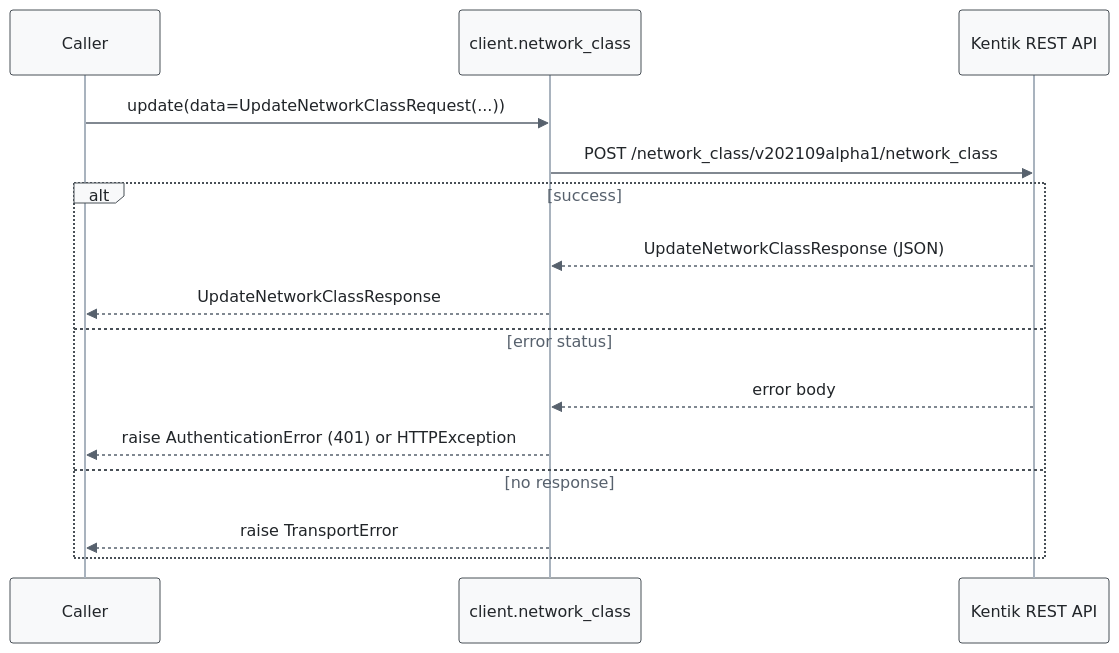
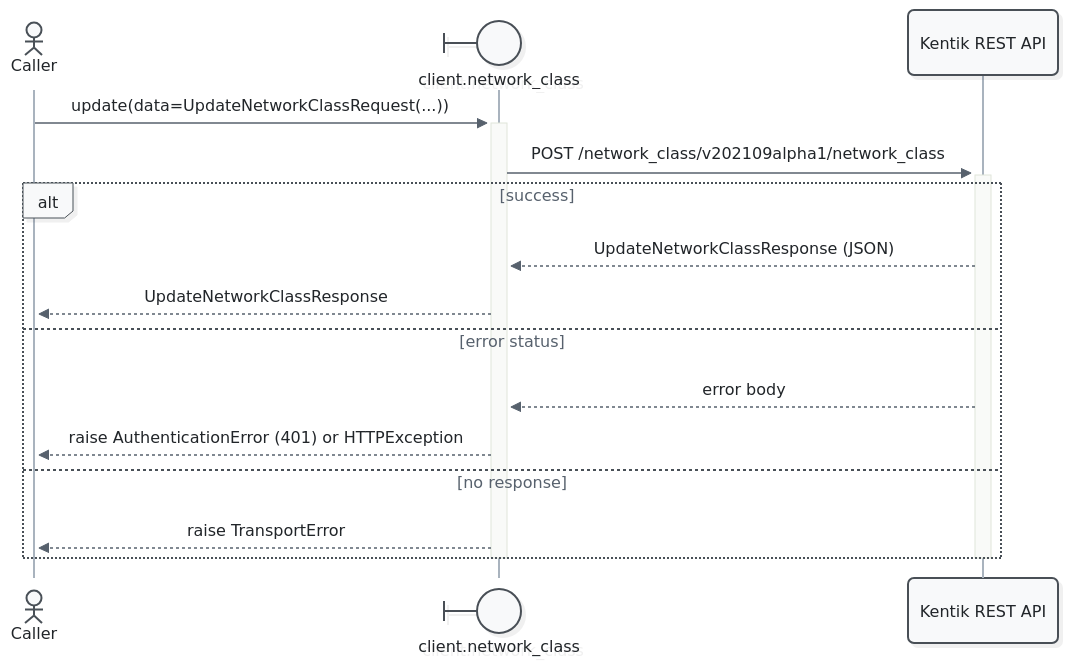
One commit to alexdearaujo/community_sdk_python changed the third of 5 diagrams in docs/sphinx/services/network_class.md. Above: the diagram before and after it, drawn with Mermaid. The commit also changed other lines of this file and 52 other files, not shown here.

First line of the commit message:
docs: Mermaid 12 sequence diagrams with participant types and path colors

````diff
--- a/docs/sphinx/services/network_class.md
+++ b/docs/sphinx/services/network_class.md
@@ -103,19 +108,21 @@
 ```mermaid
-%%{init: {"theme": "base", "fontFamily": "ui-monospace, SFMono-Regular, Menlo, monospace", "themeVariables": {"fontFamily": "ui-monospace, SFMono-Regular, Menlo, monospace", "primaryColor": "#f8f9fa", "primaryBorderColor": "#495057", "primaryTextColor": "#212529", "textColor": "#212529", "lineColor": "#77818c", "edgeLabelBackground": "#ffffff", "actorBkg": "#f8f9fa", "actorBorder": "#495057", "actorTextColor": "#212529", "actorLineColor": "#a9b3be", "signalColor": "#57616d", "signalTextColor": "#212529", "labelBoxBkgColor": "#f8f9fa", "labelBoxBorderColor": "#495057", "labelTextColor": "#212529", "loopTextColor": "#57616d", "noteBkgColor": "#fff9db", "noteBorderColor": "#f08c00", "noteTextColor": "#a35a00"}, "flowchart": {"curve": "step", "nodeSpacing": 30, "rankSpacing": 70, "wrappingWidth": 400}}}%%
+%%{init: {"theme": "redux", "look": "neo", "layout": "dagre", "fontFamily": "ui-monospace, SFMono-Regular, Menlo, monospace", "themeVariables": {"fontFamily": "ui-monospace, SFMono-Regular, Menlo, monospace", "primaryColor": "#f8f9fa", "primaryBorderColor": "#495057", "primaryTextColor": "#212529", "textColor": "#212529", "lineColor": "#77818c", "edgeLabelBackground": "#ffffff", "actorBkg": "#f8f9fa", "actorBorder": "#495057", "actorTextColor": "#212529", "actorLineColor": "#a9b3be", "signalColor": "#57616d", "signalTextColor": "#212529", "labelBoxBkgColor": "#f8f9fa", "labelBoxBorderColor": "#495057", "labelTextColor": "#212529", "loopTextColor": "#57616d", "noteBkgColor": "#fff9db", "noteBorderColor": "#f08c00", "noteTextColor": "#a35a00"}, "sequence": {"activationWidth": 16}, "flowchart": {"curve": "step", "nodeSpacing": 30, "rankSpacing": 70, "wrappingWidth": 400}}}%%
 sequenceDiagram
-    participant C as Caller
-    participant W as client.network_class
+    actor C as Caller
+    participant W@{ "type": "boundary" } as client.network_class
     participant API as Kentik REST API
 
-    C->>W: update(data=UpdateNetworkClassRequest(...))
-    W->>API: POST /network_class/v202109alpha1/network_class
+    C->>+W: update(data=UpdateNetworkClassRequest(...))
+    W->>+API: POST /network_class/v202109alpha1/network_class
     alt success
         API-->>W: UpdateNetworkClassResponse (JSON)
         W-->>C: UpdateNetworkClassResponse
     else error status
         API-->>W: error body
         W-->>C: raise AuthenticationError (401) or HTTPException
     else no response
         W-->>C: raise TransportError
     end
+    deactivate API
+    deactivate W
 ```
````
